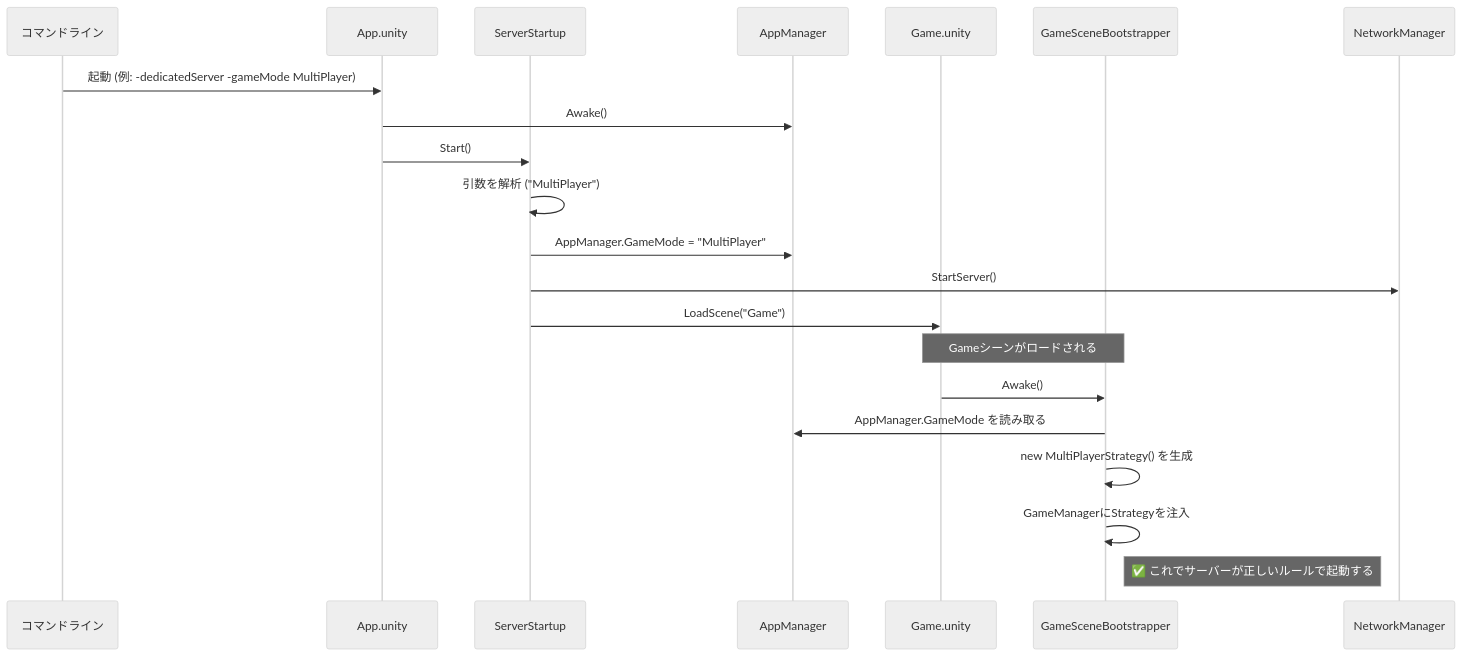
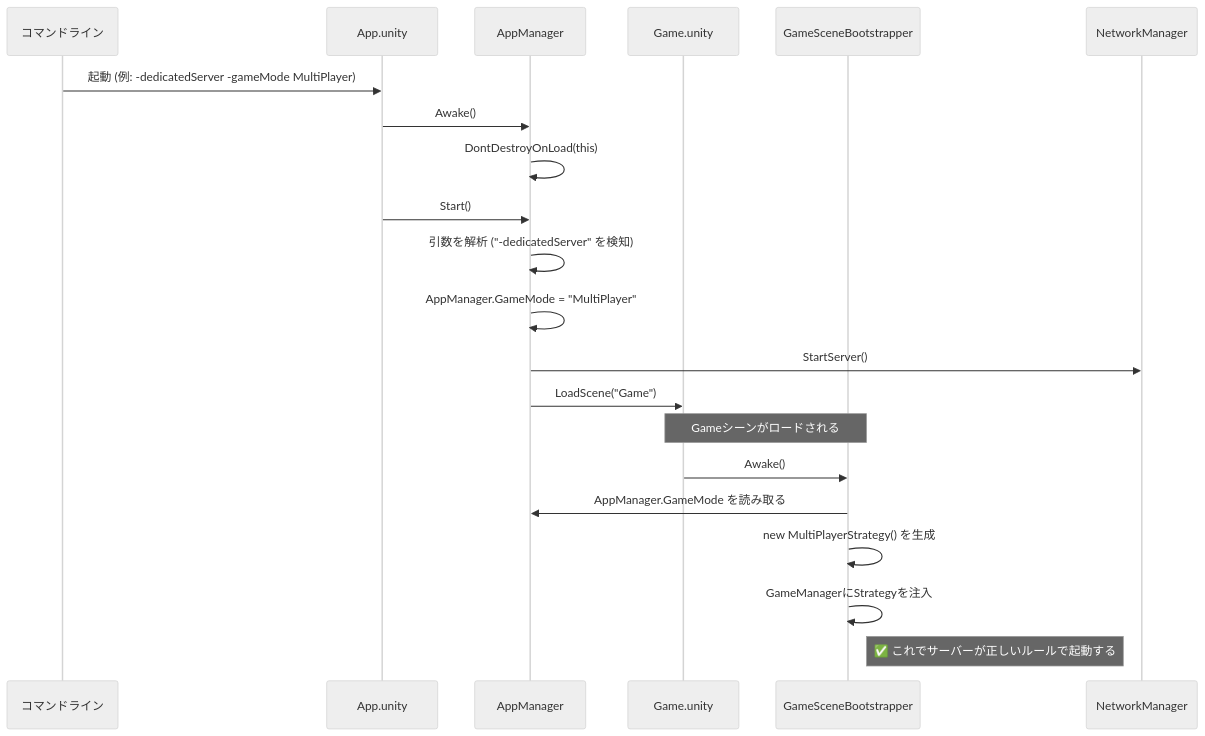
Before and after one commit to C4P3/TypingSurvivor: the second of 2 diagrams in Assets/_Project/Application-Lifecycle.md, drawn with Mermaid (neutral theme). The commit also changed other lines of this file and 9 other files, not shown here.

````diff
--- a/Assets/_Project/Application-Lifecycle.md
+++ b/Assets/_Project/Application-Lifecycle.md
@@ -59,28 +59,28 @@
 ```mermaid
 sequenceDiagram
     participant CommandLine as コマンドライン
     participant AppScene as App.unity
-    participant ServerStartup
     participant AppManager
     participant GameScene as Game.unity
     participant GameSceneBootstrapper
 
     CommandLine->>AppScene: 起動 (例: -dedicatedServer -gameMode MultiPlayer)
     
     AppScene->>AppManager: Awake()
-    AppScene->>ServerStartup: Start()
+    AppManager->>AppManager: DontDestroyOnLoad(this)
 
-    ServerStartup->>ServerStartup: 引数を解析 ("MultiPlayer")
-    ServerStartup->>AppManager: AppManager.GameMode = "MultiPlayer"
-    ServerStartup->>NetworkManager: StartServer()
-    ServerStartup->>GameScene: LoadScene("Game")
+    AppScene->>AppManager: Start()
+    AppManager->>AppManager: 引数を解析 ("-dedicatedServer" を検知)
+    AppManager->>AppManager: AppManager.GameMode = "MultiPlayer"
+    AppManager->>NetworkManager: StartServer()
+    AppManager->>GameScene: LoadScene("Game")
 
     note over GameScene, GameSceneBootstrapper: Gameシーンがロードされる
 
     GameScene->>GameSceneBootstrapper: Awake()
     GameSceneBootstrapper->>AppManager: AppManager.GameMode を読み取る
     GameSceneBootstrapper->>GameSceneBootstrapper: new MultiPlayerStrategy() を生成
     GameSceneBootstrapper->>GameSceneBootstrapper: GameManagerにStrategyを注入
     
     note right of GameSceneBootstrapper: ✅ これでサーバーが正しいルールで起動する
 ```
````
